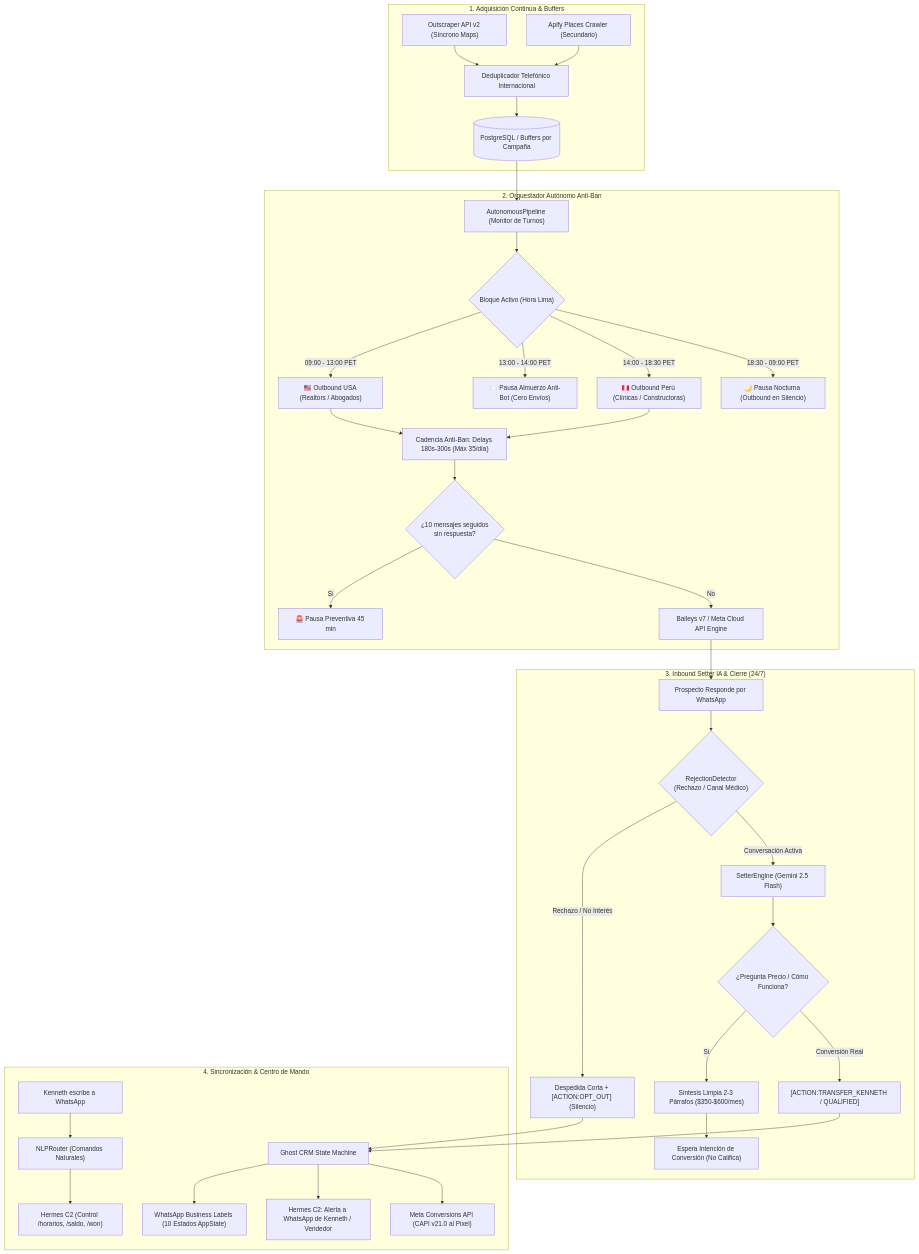
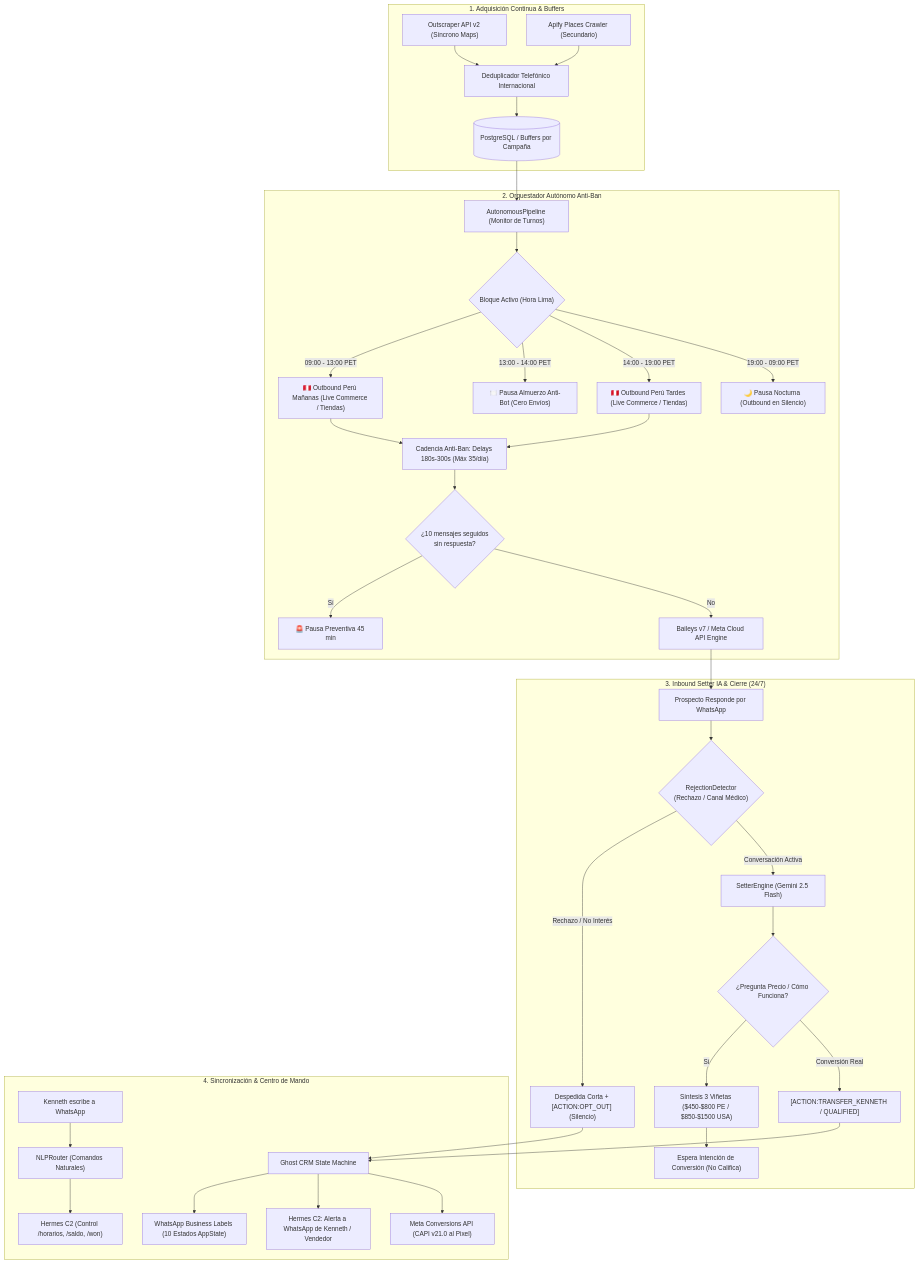
The first of 3 diagrams in README.md (thequantpartners/qp-outreach-engine), drawn with Mermaid before and after one commit. The commit also changed 30 other files, not shown here.

Commit message:
feat(pipeline): activar prospeccion de mañanas para Peru, actualizar setter 4 agentes y meta-demo

````diff
--- a/README.md
+++ b/README.md
@@ -57,43 +57,43 @@
 ```mermaid
 flowchart TB
     subgraph Adquisicion ["1. Adquisición Continua & Buffers"]
         Outscraper["Outscraper API v2 (Síncrono Maps)"] --> Dedupl["Deduplicador Telefónico Internacional"]
         Apify["Apify Places Crawler (Secundario)"] --> Dedupl
         Dedupl --> PG[(PostgreSQL / Buffers por Campaña)]
     end
 
     subgraph Pipeline ["2. Orquestador Autónomo Anti-Ban"]
         PG --> AutoPipe["AutonomousPipeline (Monitor de Turnos)"]
         AutoPipe --> Turnos{"Bloque Activo (Hora Lima)"}
-        Turnos -- "09:00 - 13:00 PET" --> SlotUSA["🇺🇸 Outbound USA (Realtors / Abogados)"]
+        Turnos -- "09:00 - 13:00 PET" --> SlotPeruAM["🇵🇪 Outbound Perú Mañanas (Live Commerce / Tiendas)"]
         Turnos -- "13:00 - 14:00 PET" --> SlotLunch["🍽️ Pausa Almuerzo Anti-Bot (Cero Envíos)"]
-        Turnos -- "14:00 - 18:30 PET" --> SlotPeru["🇵🇪 Outbound Perú (Clínicas / Constructoras)"]
-        Turnos -- "18:30 - 09:00 PET" --> SlotNight["🌙 Pausa Nocturna (Outbound en Silencio)"]
-        SlotUSA --> Pacer["Cadencia Anti-Ban: Delays 180s-300s (Máx 35/día)"]
-        SlotPeru --> Pacer
+        Turnos -- "14:00 - 19:00 PET" --> SlotPeruPM["🇵🇪 Outbound Perú Tardes (Live Commerce / Tiendas)"]
+        Turnos -- "19:00 - 09:00 PET" --> SlotNight["🌙 Pausa Nocturna (Outbound en Silencio)"]
+        SlotPeruAM --> Pacer["Cadencia Anti-Ban: Delays 180s-300s (Máx 35/día)"]
+        SlotPeruPM --> Pacer
         Pacer --> CircuitBreaker{"¿10 mensajes seguidos\nsin respuesta?"}
         CircuitBreaker -- Sí --> Cooldown["🚨 Pausa Preventiva 45 min"]
         CircuitBreaker -- No --> WASend["Baileys v7 / Meta Cloud API Engine"]
     end
 
     subgraph Setter ["3. Inbound Setter IA & Cierre (24/7)"]
         WASend --> Inbound["Prospecto Responde por WhatsApp"]
         Inbound --> RejectionCheck{"RejectionDetector\n(Rechazo / Canal Médico)"}
         RejectionCheck -- "Rechazo / No Interés" --> OptOut["Despedida Corta + [ACTION:OPT_OUT] (Silencio)"]
         RejectionCheck -- "Conversación Activa" --> SetterEngine["SetterEngine (Gemini 2.5 Flash)"]
         SetterEngine --> MultiQuestion{"¿Pregunta Precio / Cómo Funciona?"}
-        MultiQuestion -- Sí --> Transparente["Síntesis Limpia 2-3 Párrafos ($350-$600/mes)"]
+        MultiQuestion -- Sí --> Transparente["Síntesis 3 Viñetas ($450-$800 PE / $850-$1500 USA)"]
         MultiQuestion -- Conversión Real --> HandoffTag["[ACTION:TRANSFER_KENNETH / QUALIFIED]"]
         Transparente --> WaitConversion["Espera Intención de Conversión (No Califica)"]
     end
 
     subgraph CRM_Labels ["4. Sincronización & Centro de Mando"]
         HandoffTag --> GhostCRM["Ghost CRM State Machine"]
         OptOut --> GhostCRM
         GhostCRM --> LabelsSync["WhatsApp Business Labels (10 Estados AppState)"]
         GhostCRM --> HermesAlert["Hermes C2: Alerta a WhatsApp de Kenneth / Vendedor"]
         GhostCRM --> MetaCAPI["Meta Conversions API (CAPI v21.0 al Pixel)"]
         HermesAdmin["Kenneth escribe a WhatsApp"] --> NLPRouter["NLPRouter (Comandos Naturales)"]
         NLPRouter --> HermesC2["Hermes C2 (Control /horarios, /saldo, /won)"]
     end
 ```
````
